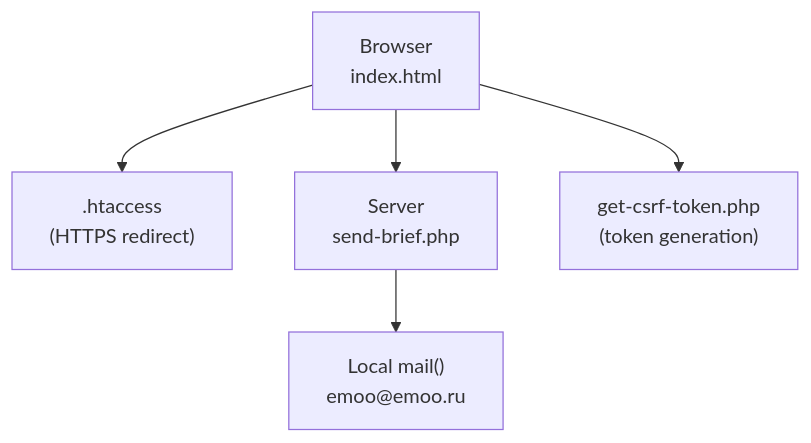
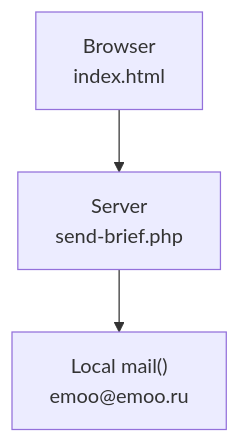
Before and after one commit to Vostrikov2014/emoo: the first of 6 diagrams in .qoder/repowiki/en/content/Security Implementation.md, drawn with Mermaid. The commit also changed other lines of this file and 4 other files, not shown here.

````diff
--- a/.qoder/repowiki/en/content/Security Implementation.md
+++ b/.qoder/repowiki/en/content/Security Implementation.md
@@ -31,7 +40,5 @@
 ```mermaid
 graph TB
-Client["Browser<br/>index.html"] --> HTAccess[".htaccess<br/>(HTTPS redirect)"]
-Client --> Handler["Server<br/>send-brief.php"]
+Client["Browser<br/>index.html"] --> Handler["Server<br/>send-brief.php"]
 Handler --> Mail["Local mail()<br/>emoo@emoo.ru"]
-Client --> Token["get-csrf-token.php<br/>(token generation)"]
 ```
````
